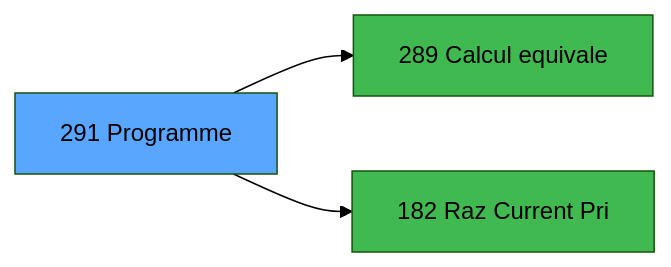
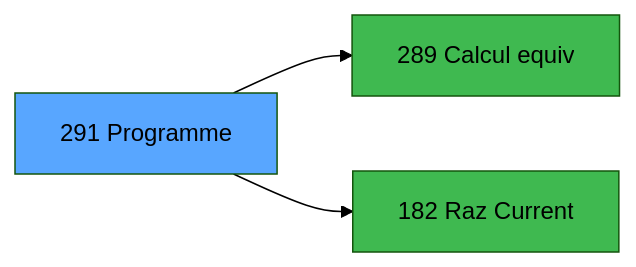
The third of 3 diagrams in .openspec/specs/ADH-IDE-291.md (thonyAGP/magic-migration), drawn with Mermaid (forest theme) before and after one commit. The commit also changed other lines of this file and 323 other files, not shown here.

````diff
--- a/.openspec/specs/ADH-IDE-291.md
+++ b/.openspec/specs/ADH-IDE-291.md
@@ -116,11 +134,11 @@
 ```mermaid
 graph LR
     T[291 Programme]
-    C289[289 Calcul equivale]
+    C289[289 Calcul equiv]
     T --> C289
-    C182[182 Raz Current Pri]
+    C182[182 Raz Current ]
     T --> C182
     style T fill:#58a6ff,color:#000
     style C289 fill:#3fb950
     style C182 fill:#3fb950
 ```
````
